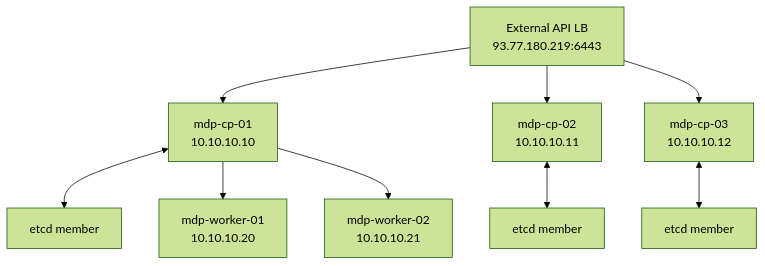
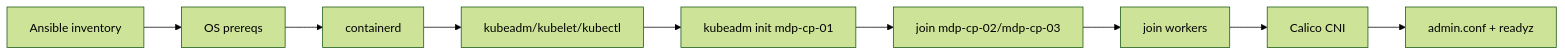
One commit to BryanskPartizan/mdp-deployment-kit changed the diagram in execution-log/04-kubeadm-bootstrap.md. Above: the diagram before and after it, drawn with Mermaid (forest theme). The commit also changed other lines of this file and 20 other files, not shown here.

Commit message:
Fix Mermaid diagrams in project documentation

````diff
--- a/execution-log/04-kubeadm-bootstrap.md
+++ b/execution-log/04-kubeadm-bootstrap.md
@@ -97,11 +561,11 @@
 ```mermaid
-flowchart TB
-    API[External API LB<br/>93.77.180.219:6443] --> CP1[mdp-cp-01<br/>10.10.10.10]
-    API --> CP2[mdp-cp-02<br/>10.10.10.11]
-    API --> CP3[mdp-cp-03<br/>10.10.10.12]
-    CP1 <--> ETCD1[etcd member]
-    CP2 <--> ETCD2[etcd member]
-    CP3 <--> ETCD3[etcd member]
-    CP1 --> W1[mdp-worker-01<br/>10.10.10.20]
-    CP1 --> W2[mdp-worker-02<br/>10.10.10.21]
+flowchart LR
+    A[Ansible inventory] --> B[OS prereqs]
+    B --> C[containerd]
+    C --> D[kubeadm/kubelet/kubectl]
+    D --> E[kubeadm init mdp-cp-01]
+    E --> F[join mdp-cp-02/mdp-cp-03]
+    F --> G[join workers]
+    G --> H[Calico CNI]
+    H --> I[admin.conf + readyz]
 ```
````
